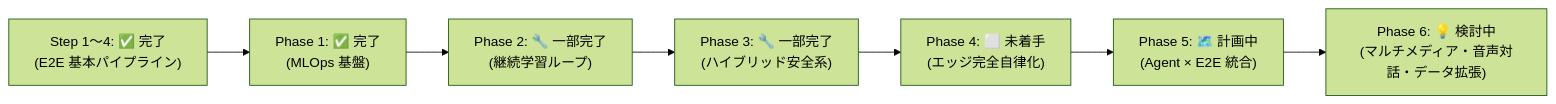
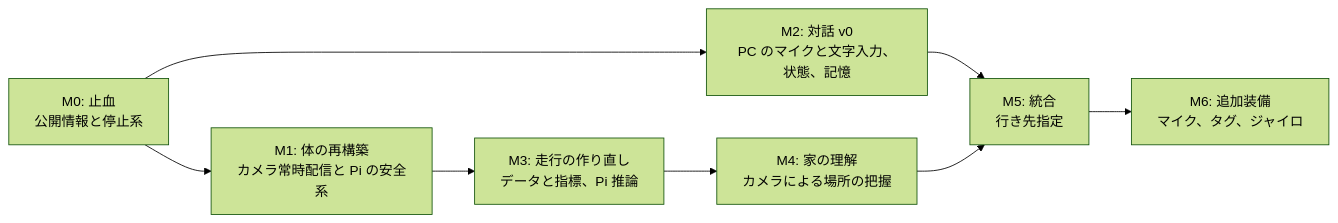
One commit to Yuyta/E2E_Driving_PicarX_rspi changed the diagram in ROADMAP.md. Above: the diagram before and after it, drawn with Mermaid (forest theme). The commit also changed other lines of this file and 6 other files, not shown here.

First line of the commit message:
docs: align specs and roadmap with the implementation and project goal

````diff
--- a/ROADMAP.md
+++ b/ROADMAP.md
@@ -14,17 +75,18 @@
 ```mermaid
 flowchart LR
-    P0["Step 1〜4: ✅ 完了<br>(E2E 基本パイプライン)"]
-    P1["Phase 1: ✅ 完了<br>(MLOps 基盤)"]
-    P2["Phase 2: 🔧 一部完了<br>(継続学習ループ)"]
-    P3["Phase 3: 🔧 一部完了<br>(ハイブリッド安全系)"]
-    P4["Phase 4: ⬜ 未着手<br>(エッジ完全自律化)"]
-    P5["Phase 5: 🗺️ 計画中<br>(Agent × E2E 統合)"]
-    P6["Phase 6: 💡 検討中<br>(マルチメディア・音声対話・データ拡張)"]
+    M0["M0: 止血<br>公開情報と停止系"]
+    M1["M1: 体の再構築<br>カメラ常時配信と Pi の安全系"]
+    M2["M2: 対話 v0<br>PC のマイクと文字入力、状態、記憶"]
+    M3["M3: 走行の作り直し<br>データと指標、Pi 推論"]
+    M4["M4: 家の理解<br>カメラによる場所の把握"]
+    M5["M5: 統合<br>行き先指定"]
+    M6["M6: 追加装備<br>マイク、タグ、ジャイロ"]
 
-    P0 --> P1
-    P1 --> P2
-    P2 --> P3
-    P3 --> P4
-    P4 --> P5
-    P5 --> P6
+    M0 --> M1
+    M0 --> M2
+    M1 --> M3
+    M3 --> M4
+    M2 --> M5
+    M4 --> M5
+    M5 --> M6
 ```
````
